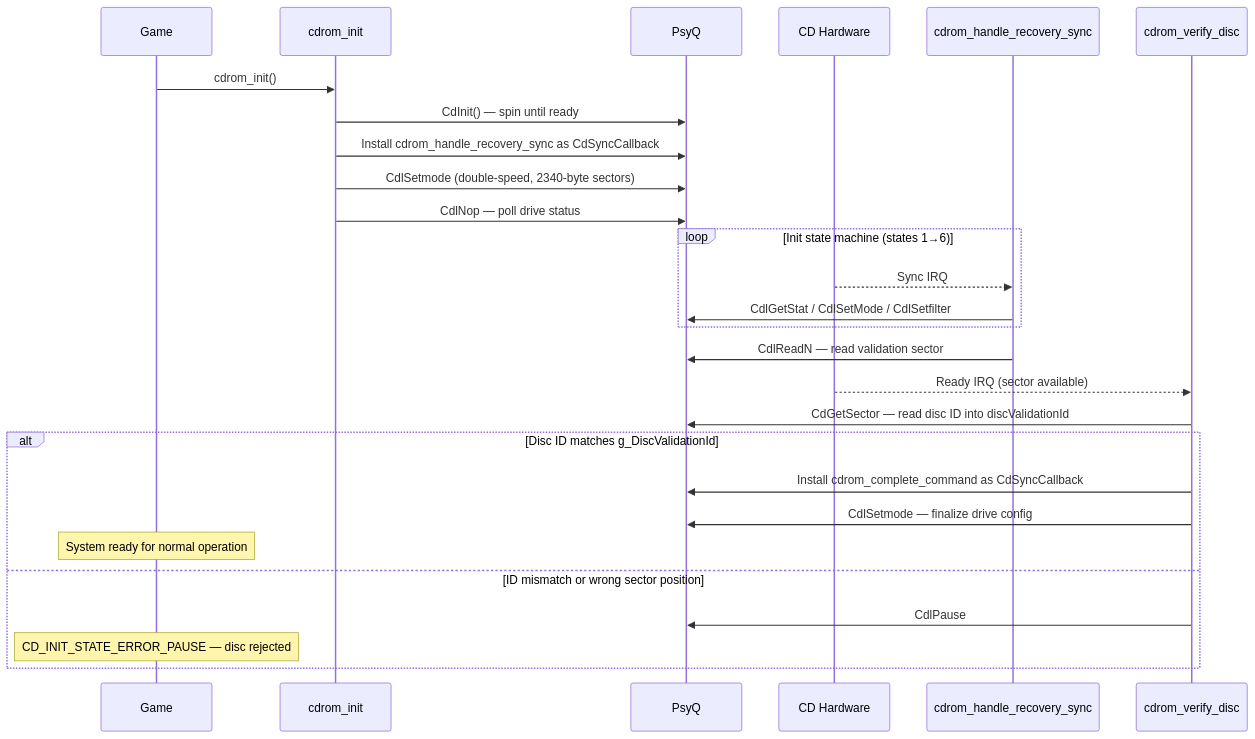
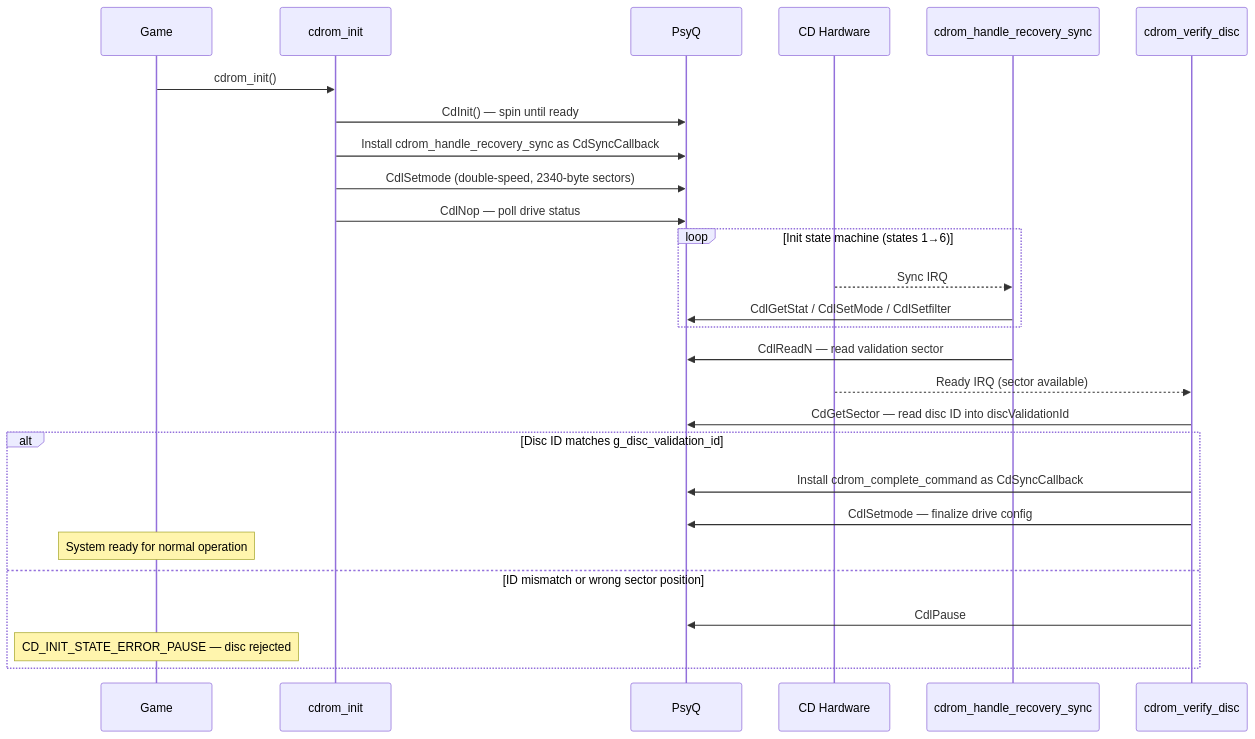
The fourth of 7 diagrams in docs/cd-system-architecture.md (celophi/lom-decomp), drawn with Mermaid before and after one commit. The commit also changed other lines of this file and 20 other files, not shown here.

````diff
--- a/docs/cd-system-architecture.md
+++ b/docs/cd-system-architecture.md
@@ -198,33 +198,33 @@
 ```mermaid
 sequenceDiagram
     participant Game
     participant cdrom_init
     participant PsyQ
     participant HW as CD Hardware
     participant HRS as cdrom_handle_recovery_sync
     participant VD as cdrom_verify_disc
 
     Game->>cdrom_init: cdrom_init()
     cdrom_init->>PsyQ: CdInit() — spin until ready
     cdrom_init->>PsyQ: Install cdrom_handle_recovery_sync as CdSyncCallback
     cdrom_init->>PsyQ: CdlSetmode (double-speed, 2340-byte sectors)
     cdrom_init->>PsyQ: CdlNop — poll drive status
 
     loop Init state machine (states 1→6)
         HW-->>HRS: Sync IRQ
         HRS->>PsyQ: CdlGetStat / CdlSetMode / CdlSetfilter
     end
 
     HRS->>PsyQ: CdlReadN — read validation sector
     HW-->>VD: Ready IRQ (sector available)
     VD->>PsyQ: CdGetSector — read disc ID into discValidationId
 
-    alt Disc ID matches g_DiscValidationId
+    alt Disc ID matches g_disc_validation_id
         VD->>PsyQ: Install cdrom_complete_command as CdSyncCallback
         VD->>PsyQ: CdlSetmode — finalize drive config
         Note over Game: System ready for normal operation
     else ID mismatch or wrong sector position
         VD->>PsyQ: CdlPause
         Note over Game: CD_INIT_STATE_ERROR_PAUSE — disc rejected
     end
 ```
````
